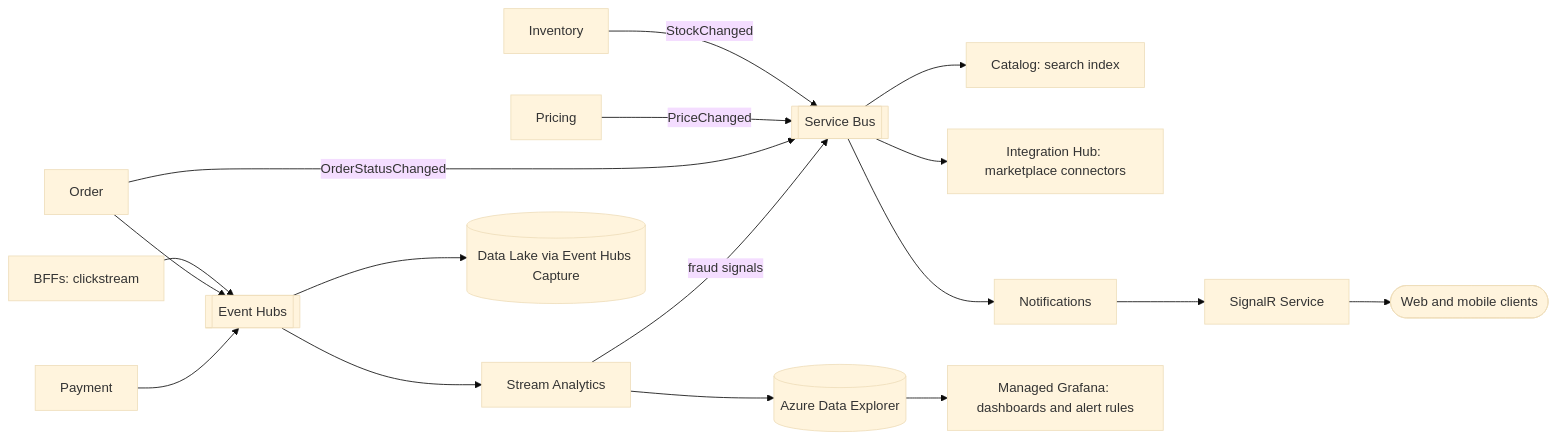
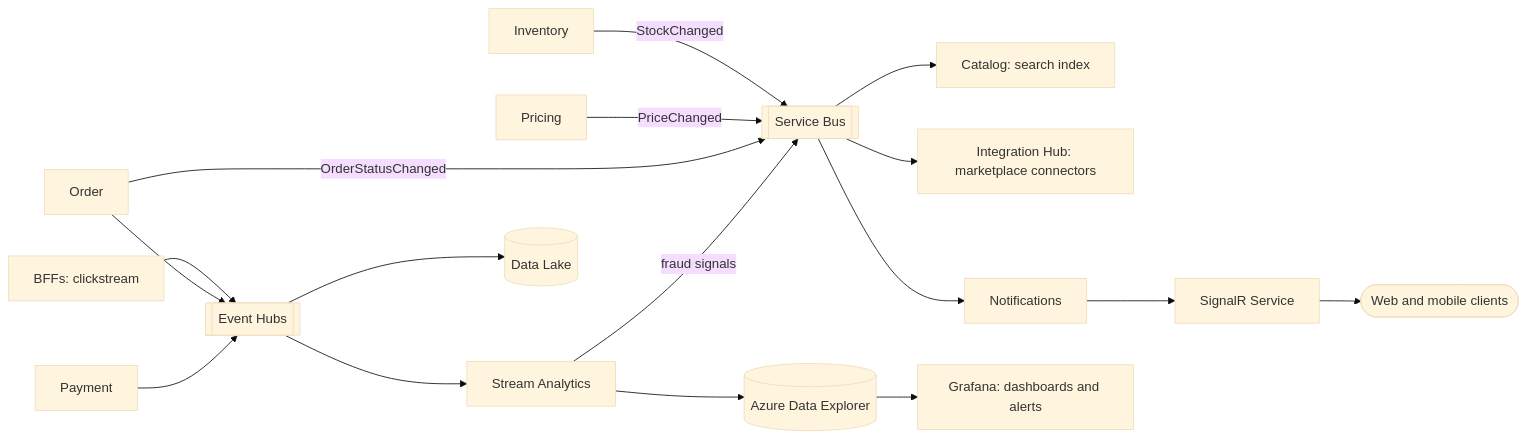
The fifth of 9 diagrams in docs/architecture.md (robert-miani/abysalto-webshop), drawn with Mermaid (base theme) before and after one commit. The commit also changed other lines of this file and 1 other file, not shown here.

First line of the commit message:
docs: focus architecture on EU market and shorten document

````diff
--- a/docs/architecture.md
+++ b/docs/architecture.md
@@ -680,19 +507,19 @@
 ```mermaid
 flowchart LR
     inv["Inventory"] -->|"StockChanged"| sb[["Service Bus"]]
     pricing["Pricing"] -->|"PriceChanged"| sb
     order["Order"] -->|"OrderStatusChanged"| sb
     sb --> catalog["Catalog: search index"]
     sb --> hub["Integration Hub: marketplace connectors"]
     sb --> notif["Notifications"]
     notif --> signalr["SignalR Service"] --> clients(["Web and mobile clients"])
 
     bff["BFFs: clickstream"] --> eh[["Event Hubs"]]
     order --> eh
     pay["Payment"] --> eh
     eh --> asa["Stream Analytics"]
     asa --> adx[("Azure Data Explorer")]
-    adx --> grafana["Managed Grafana: dashboards and alert rules"]
+    adx --> grafana["Grafana: dashboards and alerts"]
     asa -->|"fraud signals"| sb
-    eh --> lake[("Data Lake via Event Hubs Capture")]
+    eh --> lake[("Data Lake")]
 ```
````
